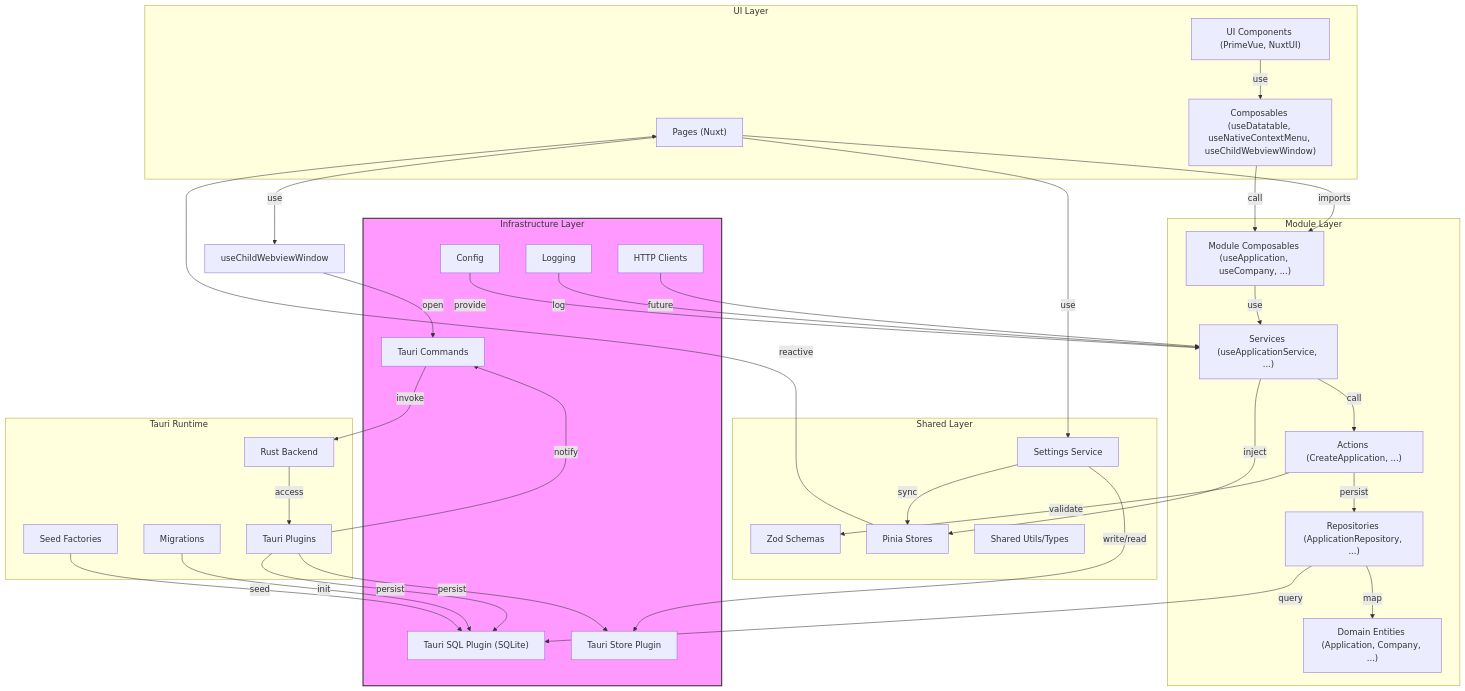
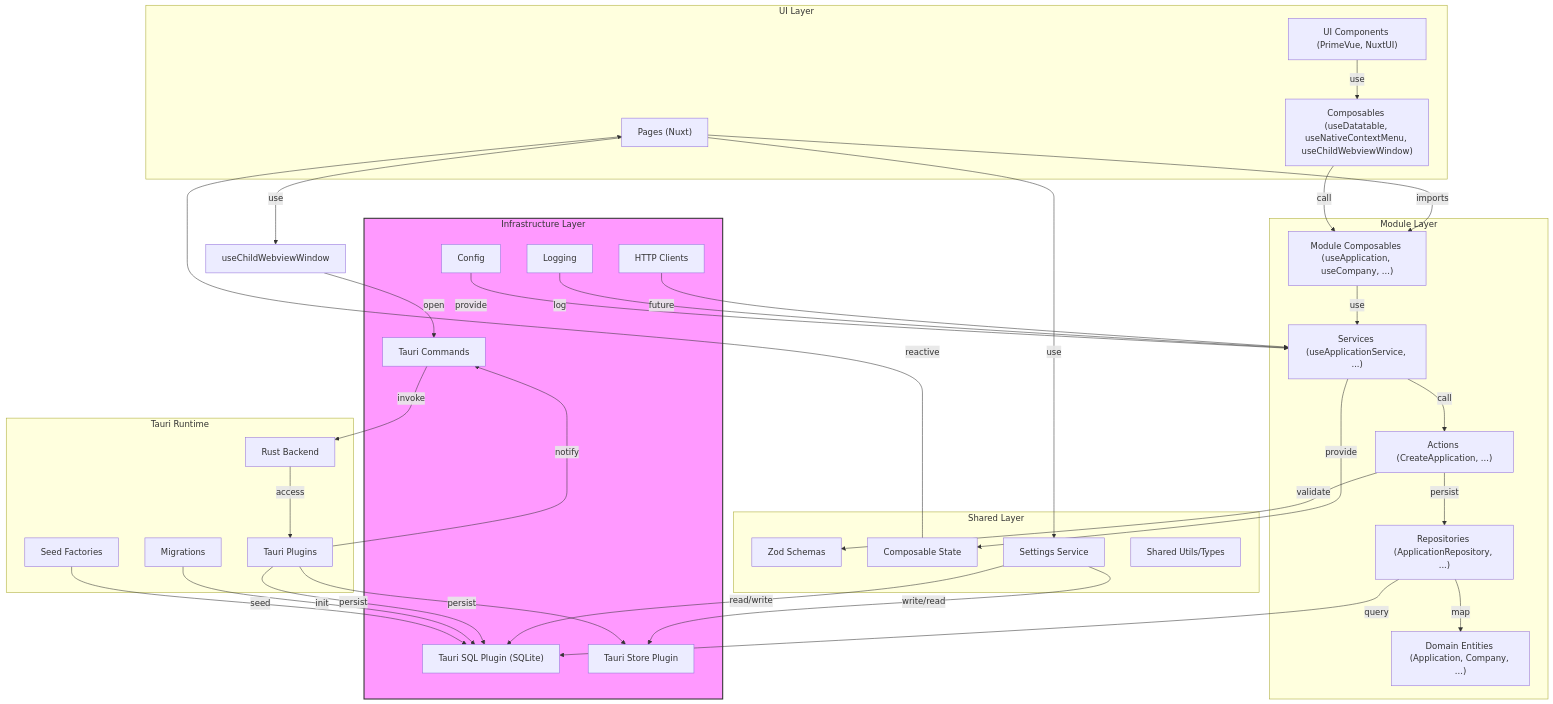
Before and after one commit to cartoonclouds/jaa-tauri: the first of 2 diagrams in README.md, drawn with Mermaid. The commit also changed other lines of this file and 84 other files, not shown here.

````diff
--- a/README.md
+++ b/README.md
@@ -11,69 +11,69 @@
 ```mermaid
 flowchart TD
     subgraph UI[UI Layer]
         Pages["Pages (Nuxt)"]
         Components["UI Components (PrimeVue, NuxtUI)"]
         Composables["Composables (useDatatable, useNativeContextMenu, useChildWebviewWindow)"]
     end
 
     subgraph Module[Module Layer]
         ModuleComposables["Module Composables (useApplication, useCompany, ...)"]
         Services["Services (useApplicationService, ...)"]
         Actions["Actions (CreateApplication, ...)"]
         Repositories["Repositories (ApplicationRepository, ...)"]
         DomainEntities["Domain Entities (Application, Company, ...)"]
     end
 
     subgraph Shared[Shared Layer]
         ZodSchemas["Zod Schemas"]
-        PiniaStores["Pinia Stores"]
+        ComposableState["Composable State"]
         SettingsService["Settings Service"]
         SharedUtils["Shared Utils/Types"]
     end
 
     subgraph Infra[Infrastructure Layer]
         TauriSQL["Tauri SQL Plugin (SQLite)"]
         TauriStore["Tauri Store Plugin"]
         TauriCommands["Tauri Commands"]
         HTTP["HTTP Clients"]
         Logging["Logging"]
         Config["Config"]
     end
 
     subgraph Tauri[Tauri Runtime]
         RustBackend["Rust Backend"]
         Plugins["Tauri Plugins"]
         Migrations["Migrations"]
         SeedFactories["Seed Factories"]
     end
 
     Pages -->|imports| ModuleComposables
     Components -->|use| Composables
     Composables -->|call| ModuleComposables
     ModuleComposables -->|use| Services
     Services -->|call| Actions
     Actions -->|validate| ZodSchemas
     Actions -->|persist| Repositories
     Repositories -->|query| TauriSQL
     Repositories -->|map| DomainEntities
-    Services -->|inject| PiniaStores
-    PiniaStores -->|reactive| Pages
-    SettingsService -->|sync| PiniaStores
+    Services -->|provide| ComposableState
+    ComposableState -->|reactive| Pages
+    SettingsService -->|read/write| TauriSQL
     SettingsService -->|write/read| TauriStore
     Pages -->|use| SettingsService
     Pages -->|use| useChildWebviewWindow
     useChildWebviewWindow -->|open| TauriCommands
     TauriCommands -->|invoke| RustBackend
     RustBackend -->|access| Plugins
     Plugins -->|persist| TauriSQL
     Plugins -->|persist| TauriStore
     Plugins -->|notify| TauriCommands
     HTTP -->|future| Services
     Logging -->|log| Services
     Config -->|provide| Services
     Migrations -->|init| TauriSQL
     SeedFactories -->|seed| TauriSQL
 
     classDef infra fill:#f9f,stroke:#333,stroke-width:2px;
     class Infra infra;
 ```
````
